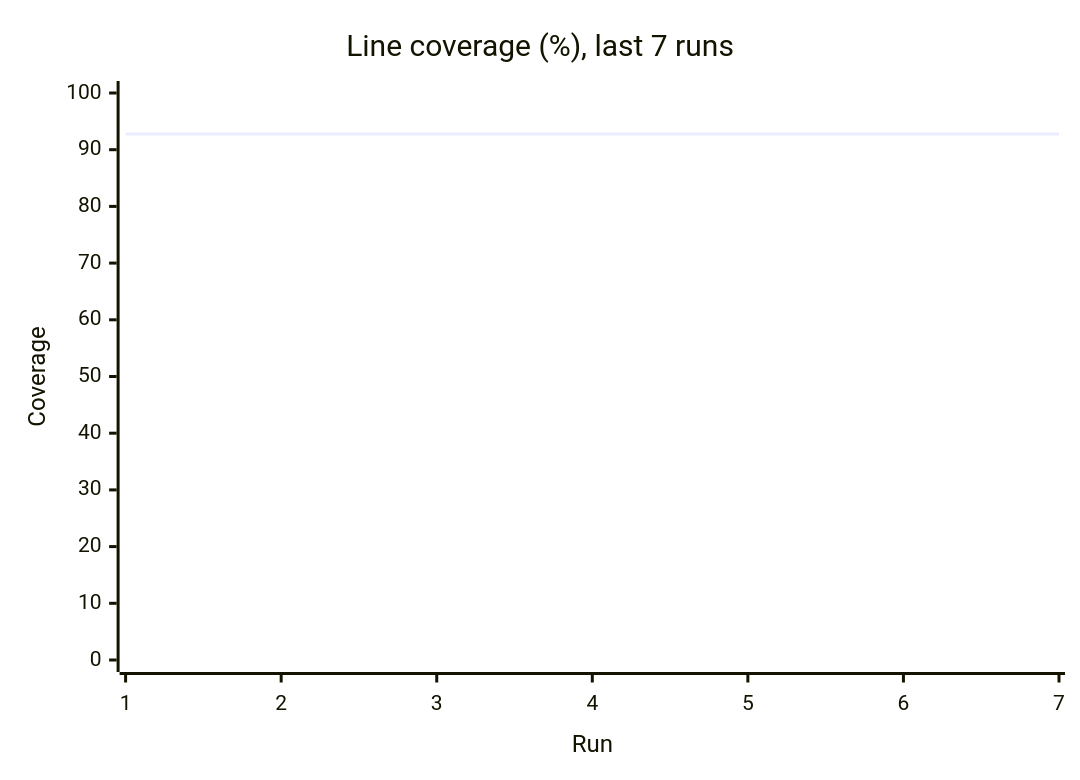
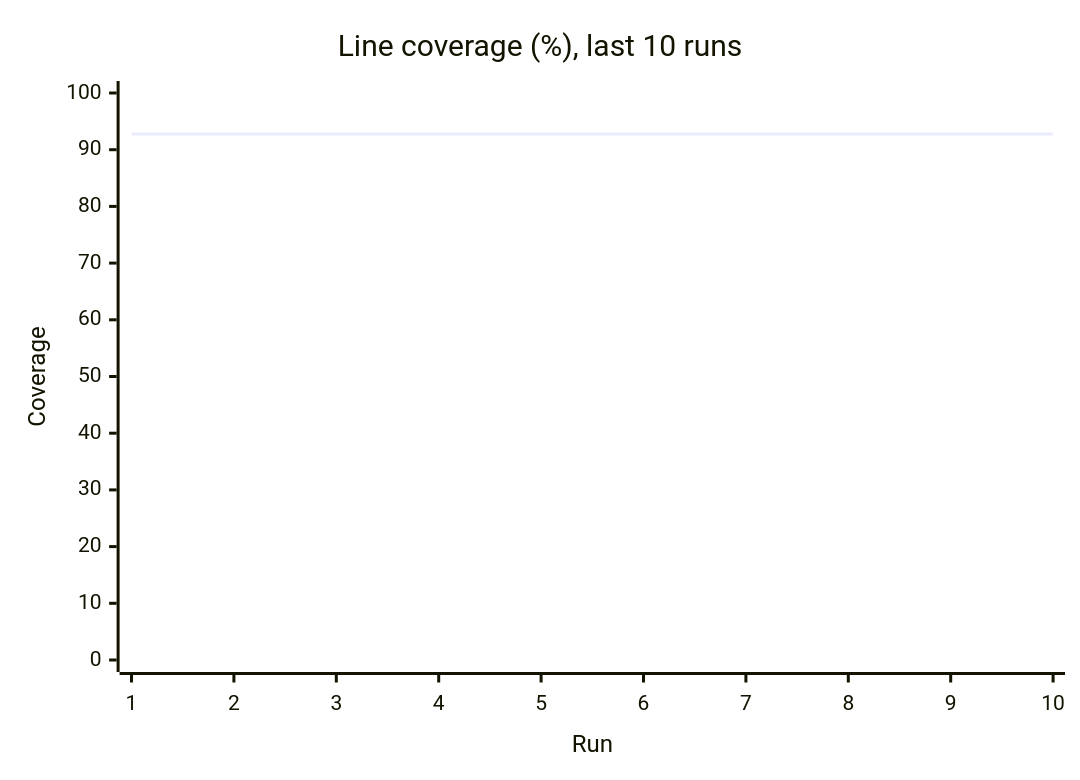
Before and after one commit to Shirojoufu/Service-Template: the third of 3 diagrams in reports/summary.md, drawn with Mermaid. The commit also changed other lines of this file and 5 other files, not shown here.

````diff
--- a/reports/summary.md
+++ b/reports/summary.md
@@ -33,7 +33,7 @@
 ```mermaid
 xychart-beta
-    title "Line coverage (%), last 7 runs"
-    x-axis "Run" [1, 2, 3, 4, 5, 6, 7]
+    title "Line coverage (%), last 10 runs"
+    x-axis "Run" [1, 2, 3, 4, 5, 6, 7, 8, 9, 10]
     y-axis "Coverage" 0 --> 100
-    line [92.75, 92.75, 92.75, 92.75, 92.75, 92.75, 92.75]
+    line [92.75, 92.75, 92.75, 92.75, 92.75, 92.75, 92.75, 92.75, 92.75, 92.75]
 ```
````
